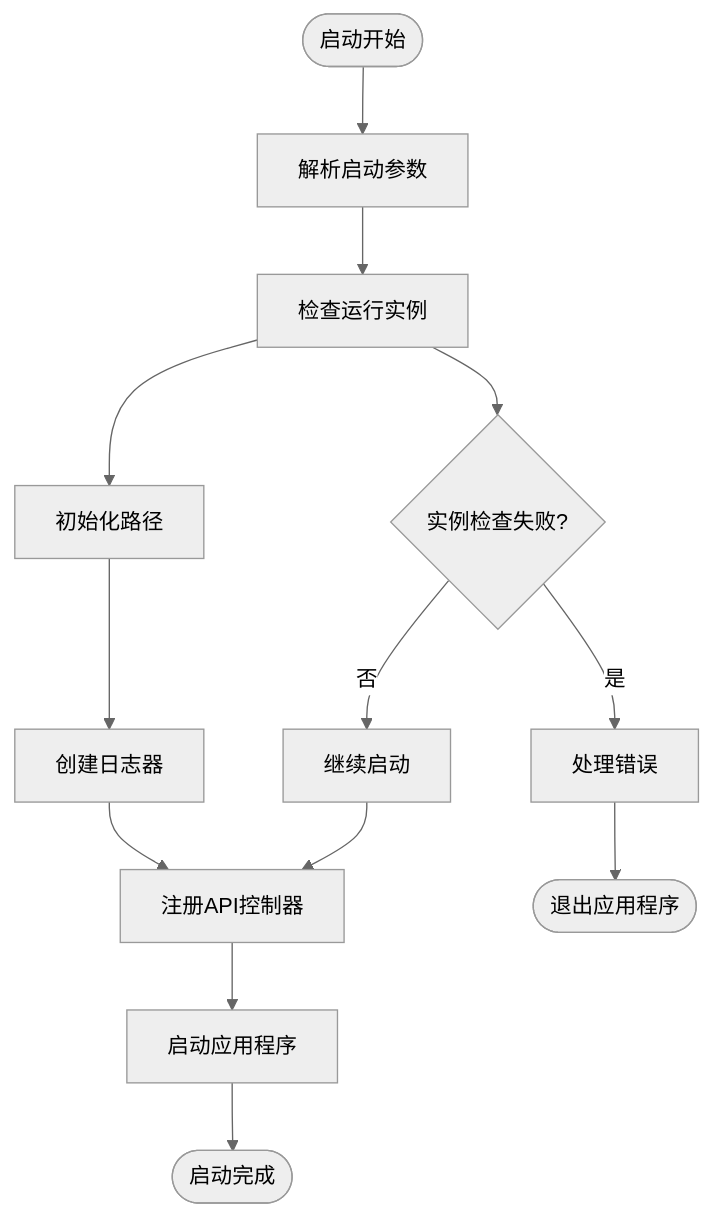
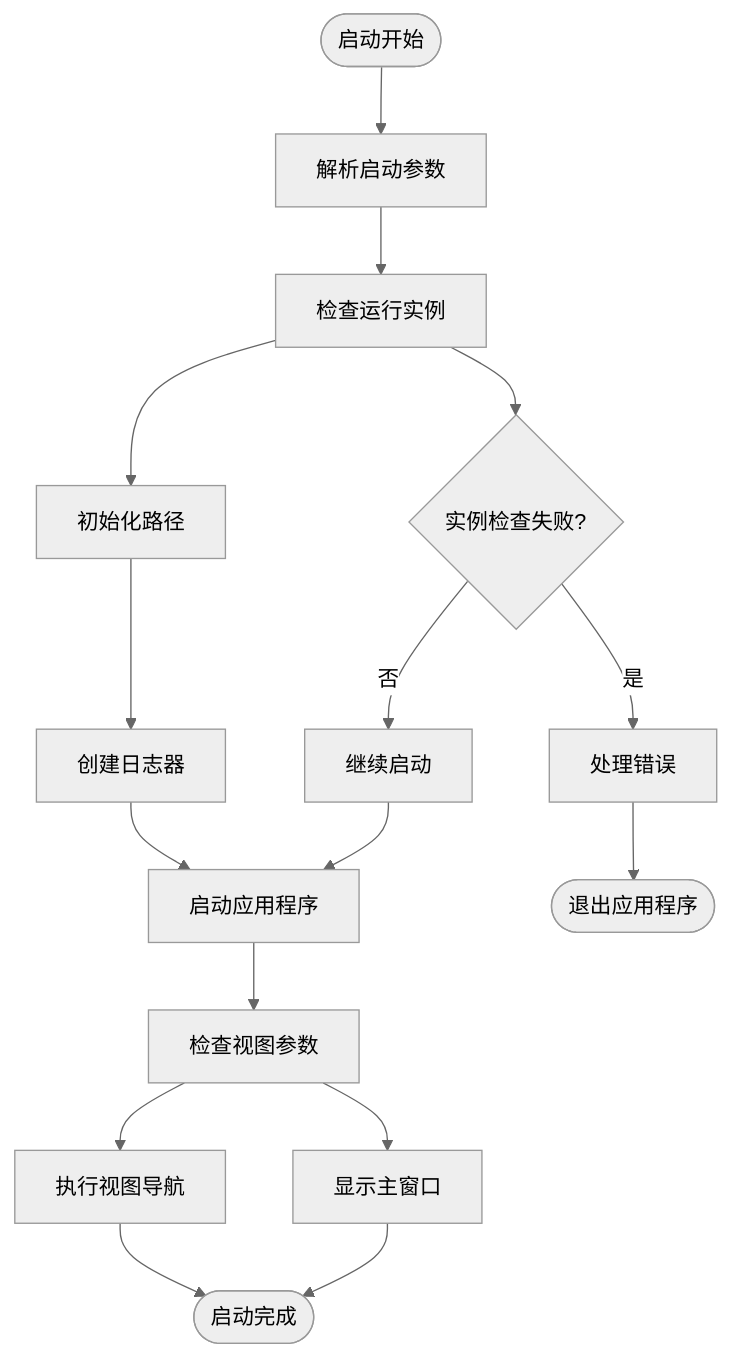
The tenth of 10 diagrams in .qoder/repowiki/zh/content/配置管理系统/启动配置管理.md (tea4go/Macro-Deck), drawn with Mermaid (neutral theme) before and after one commit. The commit also changed other lines of this file and 63 other files, not shown here.

````diff
--- a/.qoder/repowiki/zh/content/配置管理系统/启动配置管理.md
+++ b/.qoder/repowiki/zh/content/配置管理系统/启动配置管理.md
@@ -470,15 +520,18 @@
 ```mermaid
 flowchart TD
 Start([启动开始]) --> ParseArgs["解析启动参数"]
 ParseArgs --> CheckInstance["检查运行实例"]
 CheckInstance --> InitPaths["初始化路径"]
 InitPaths --> CreateLogger["创建日志器"]
-CreateLogger --> RegisterApi["注册API控制器"]
-RegisterApi --> StartApp["启动应用程序"]
+CreateLogger --> StartApp["启动应用程序"]
+StartApp --> CheckView["检查视图参数"]
+CheckView --> NavigateView["执行视图导航"]
+CheckView --> ShowWindow["显示主窗口"]
+NavigateView --> End(["启动完成"])
+ShowWindow --> End
 CheckInstance --> InstanceError{"实例检查失败?"}
 InstanceError --> |是| HandleError["处理错误"]
 InstanceError --> |否| Continue["继续启动"]
 HandleError --> Exit(["退出应用程序"])
-Continue --> RegisterApi
-StartApp --> End(["启动完成"])
+Continue --> StartApp
 ```
````
